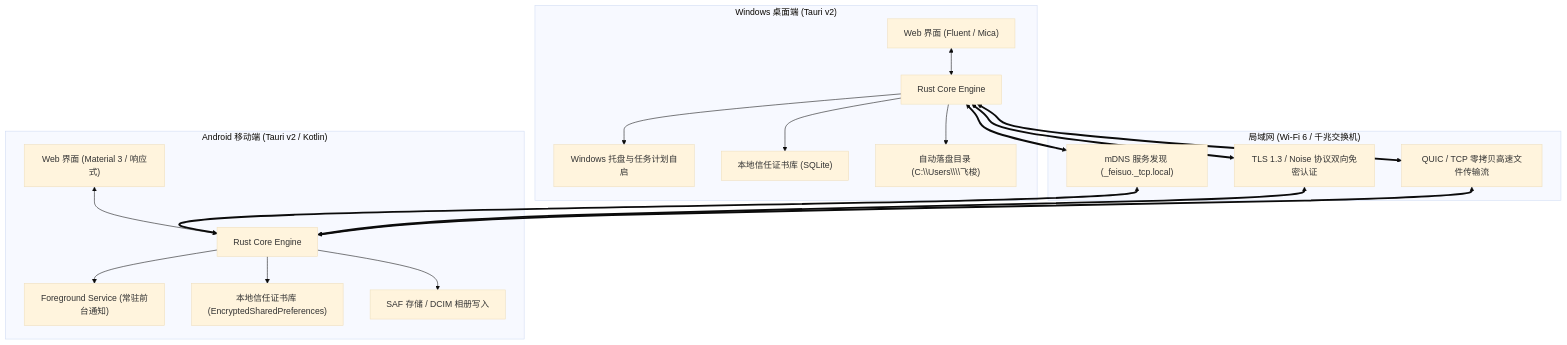
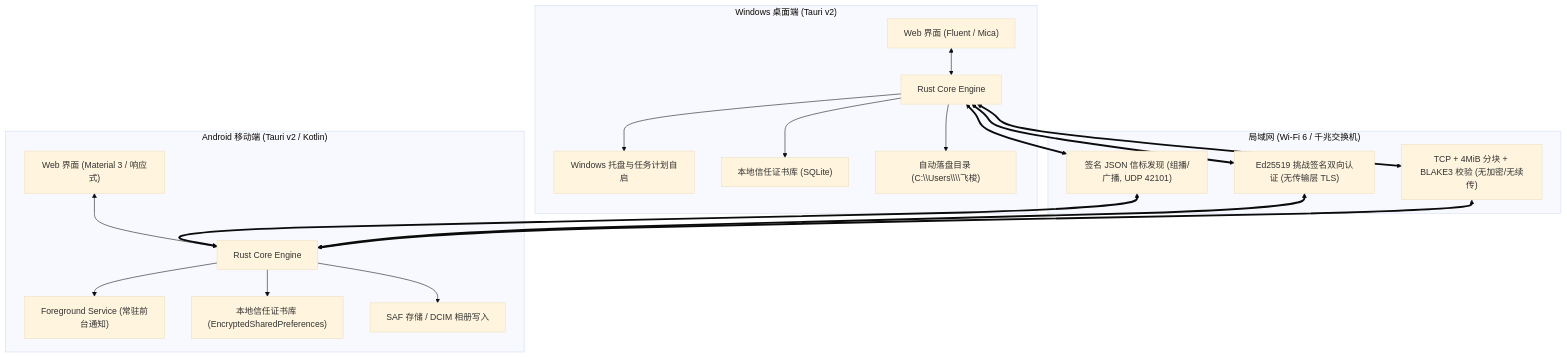
The first of 3 diagrams in FRAMEWORK_DESIGN.md (soldier-cv/feisuo), drawn with Mermaid (base theme) before and after one commit. The commit also changed other lines of this file and 130 other files, not shown here.

````diff
--- a/FRAMEWORK_DESIGN.md
+++ b/FRAMEWORK_DESIGN.md
@@ -42,36 +79,36 @@
 ```mermaid
 flowchart TB
     subgraph Desktop["Windows 桌面端 (Tauri v2)"]
         WinUI["Web 界面 (Fluent / Mica)"]
         WinCore["Rust Core Engine"]
         WinTray["Windows 托盘与任务计划自启"]
         WinStore["本地信任证书库 (SQLite)"]
         WinFS["自动落盘目录 (C:\\Users\\<User>\\飞梭)"]
         WinUI <--> WinCore
         WinCore --> WinTray
         WinCore --> WinStore
         WinCore --> WinFS
     end
 
     subgraph Mobile["Android 移动端 (Tauri v2 / Kotlin)"]
         AndUI["Web 界面 (Material 3 / 响应式)"]
         AndCore["Rust Core Engine"]
         AndService["Foreground Service (常驻前台通知)"]
         AndStore["本地信任证书库 (EncryptedSharedPreferences)"]
         AndStorage["SAF 存储 / DCIM 相册写入"]
         AndUI <--> AndCore
         AndCore --> AndService
         AndCore --> AndStore
         AndCore --> AndStorage
     end
 
     subgraph LAN["局域网 (Wi-Fi 6 / 千兆交换机)"]
-        mDNS["mDNS 服务发现 (_feisuo._tcp.local)"]
-        NoiseTLS["TLS 1.3 / Noise 协议双向免密认证"]
-        StreamIO["QUIC / TCP 零拷贝高速文件传输流"]
+        Beacon["签名 JSON 信标发现 (组播/广播, UDP 42101)"]
+        MutAuth["Ed25519 挑战签名双向认证 (无传输层 TLS)"]
+        StreamIO["TCP + 4MiB 分块 + BLAKE3 校验 (无加密/无续传)"]
     end
 
-    WinCore <==> mDNS <==> AndCore
-    WinCore <==> NoiseTLS <==> AndCore
+    WinCore <==> Beacon <==> AndCore
+    WinCore <==> MutAuth <==> AndCore
     WinCore <==> StreamIO <==> AndCore
 ```
````
